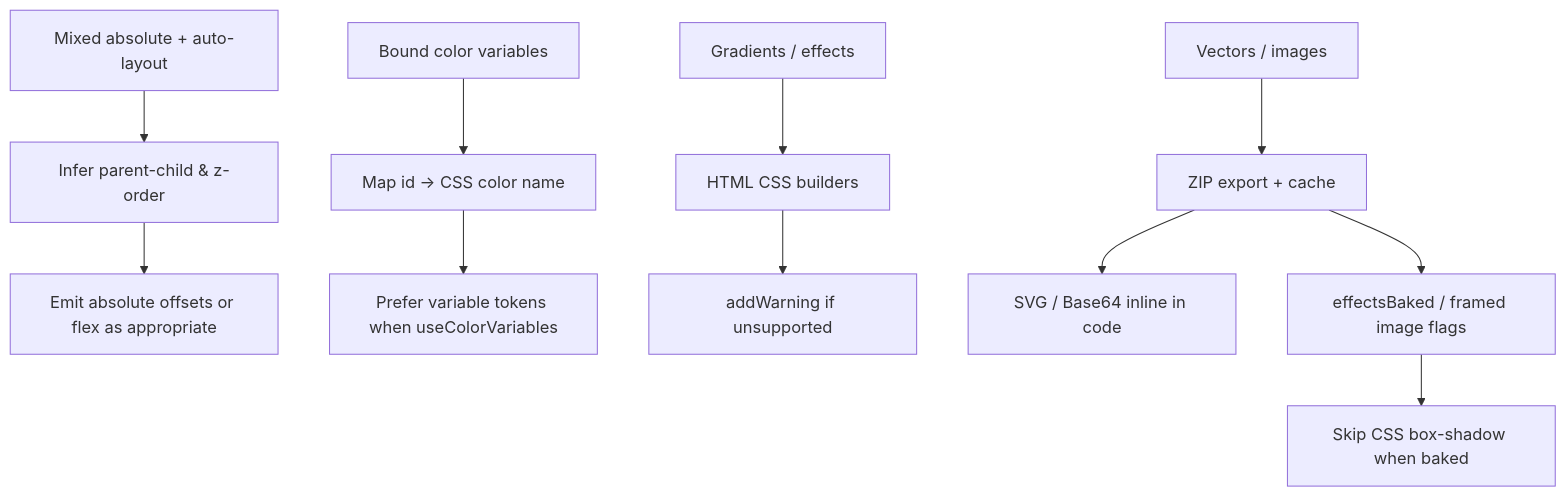
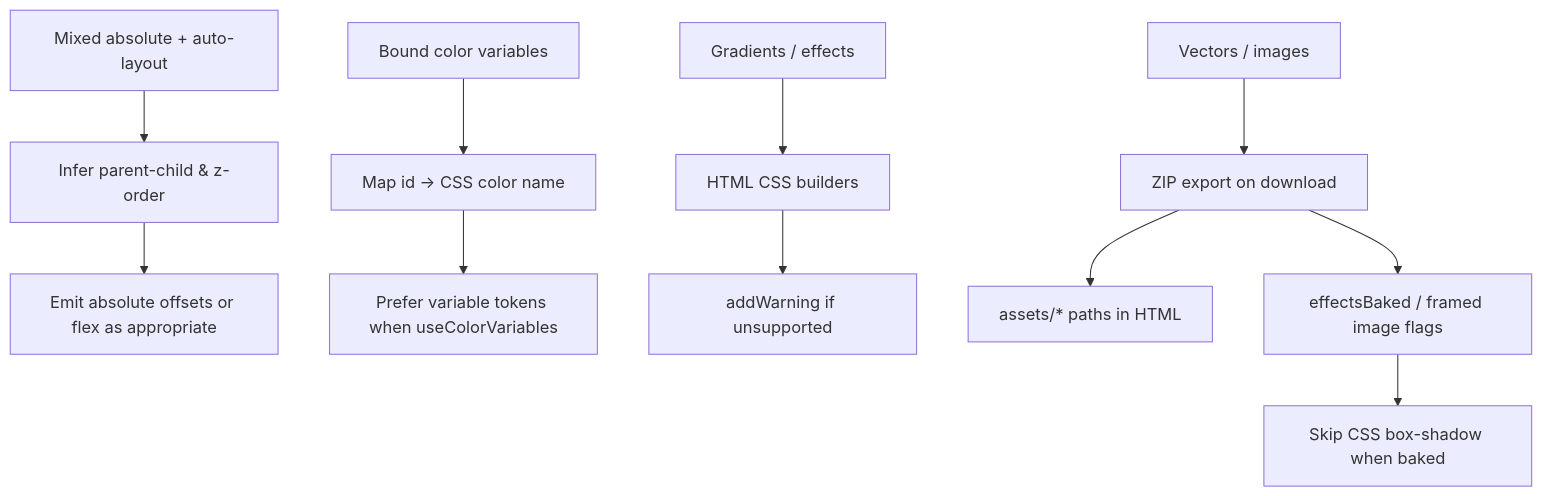
Before and after one commit to CodeByStella/FIGMA2CODE: the ninth of 9 diagrams in docs/logic.md, drawn with Mermaid. The commit also changed other lines of this file and 18 other files, not shown here.

````diff
--- a/docs/logic.md
+++ b/docs/logic.md
@@ -254,16 +260,16 @@
 ```mermaid
 flowchart TD
   Layout["Mixed absolute + auto-layout"] --> Decide["Infer parent-child & z-order"]
   Decide --> CodeLayout["Emit absolute offsets or flex as appropriate"]
 
   Vars["Bound color variables"] --> MapName["Map id → CSS color name"]
   MapName --> PreferVar["Prefer variable tokens when useColorVariables"]
 
   FX["Gradients / effects"] --> HTML["HTML CSS builders"]
   HTML --> Warn["addWarning if unsupported"]
 
-  Assets["Vectors / images"] --> ZipFirst["ZIP export + cache"]
-  ZipFirst --> Inline["SVG / Base64 inline in code"]
+  Assets["Vectors / images"] --> ZipFirst["ZIP export on download"]
+  ZipFirst --> Paths["assets/* paths in HTML"]
   ZipFirst --> Flags["effectsBaked / framed image flags"]
   Flags --> SkipDup["Skip CSS box-shadow when baked"]
 ```
````
